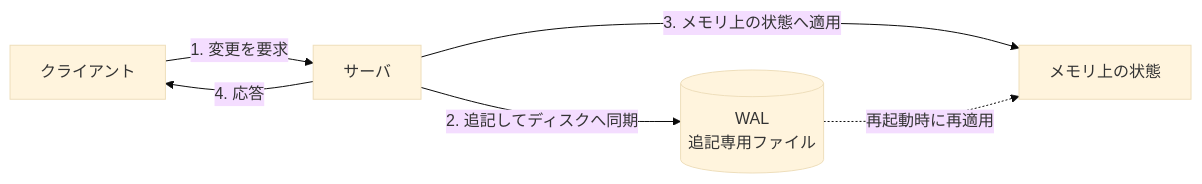
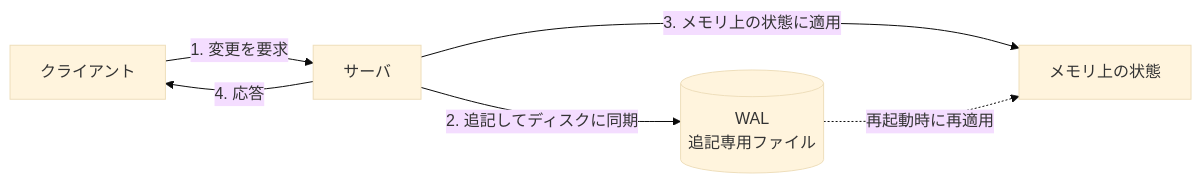
One commit to nao1215/debimate changed the first of 5 diagrams in content/notes/distributed-systems/write-ahead-log/index.md. Above: the diagram before and after it, drawn with Mermaid (base theme). The commit also changed other lines of this file and 46 other files, not shown here.

````diff
--- a/content/notes/distributed-systems/write-ahead-log/index.md
+++ b/content/notes/distributed-systems/write-ahead-log/index.md
@@ -16,8 +16,8 @@
 ```mermaid
 flowchart LR
     C["クライアント"] -->|"1. 変更を要求"| S["サーバ"]
-    S -->|"2. 追記してディスクへ同期"| W[("WAL<br/>追記専用ファイル")]
-    S -->|"3. メモリ上の状態へ適用"| M["メモリ上の状態"]
+    S -->|"2. 追記してディスクに同期"| W[("WAL<br/>追記専用ファイル")]
+    S -->|"3. メモリ上の状態に適用"| M["メモリ上の状態"]
     S -->|"4. 応答"| C
     W -.->|"再起動時に再適用"| M
 ```
````
